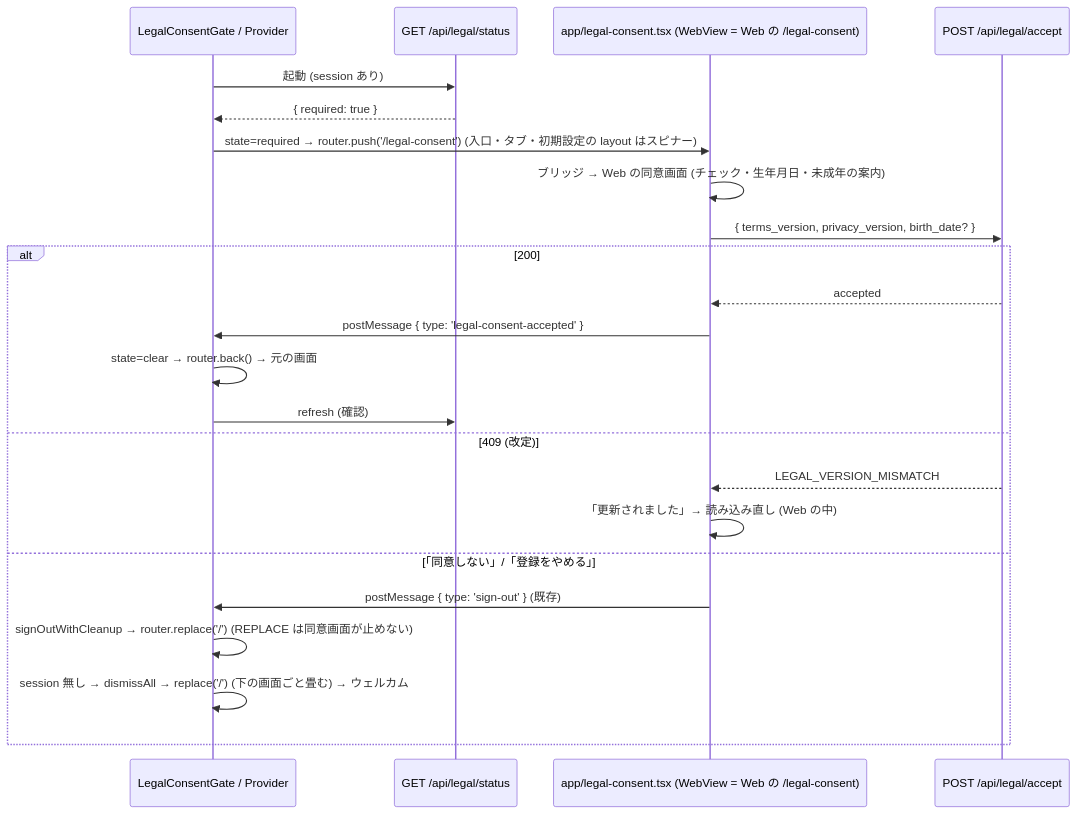
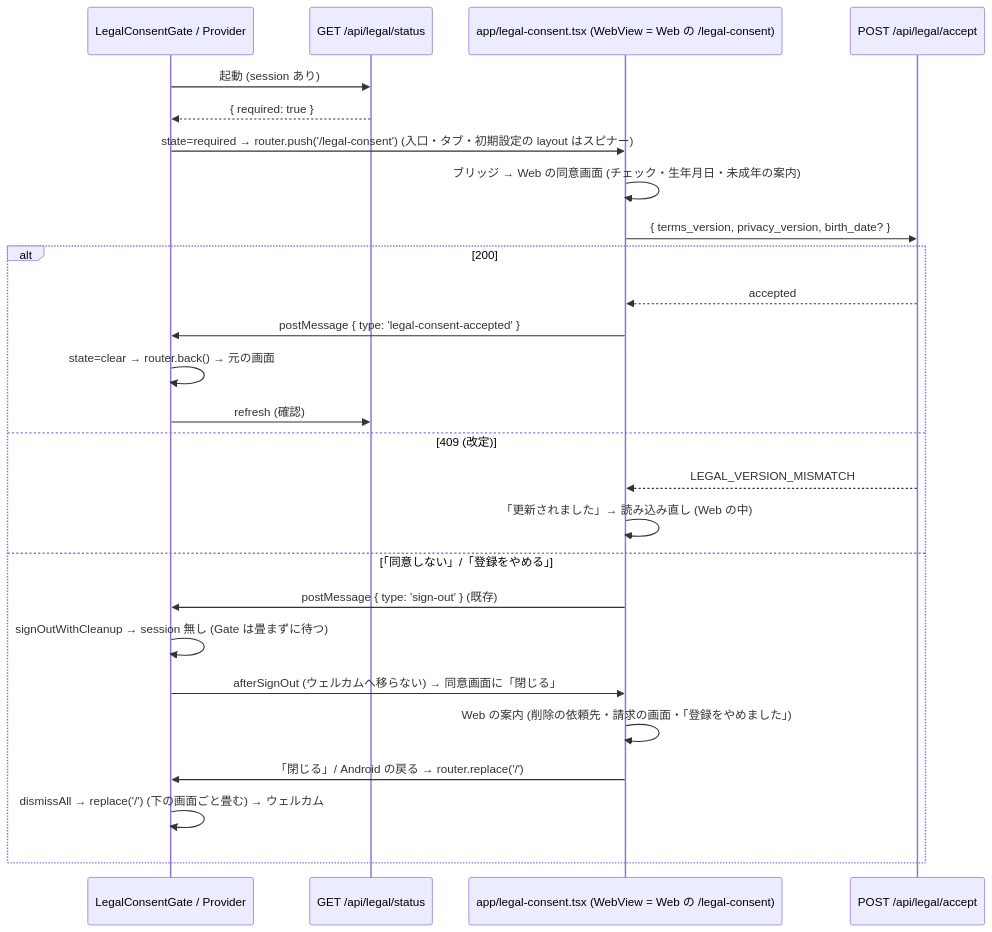
The diagram in docs/design/cross/13b-legal-consent-mobile.md (DaisukeHori/homegohan-app), drawn with Mermaid before and after one commit. The commit also changed other lines of this file, not shown here.

````diff
--- a/docs/design/cross/13b-legal-consent-mobile.md
+++ b/docs/design/cross/13b-legal-consent-mobile.md
@@ -1011,25 +1358,28 @@
 ```mermaid
 sequenceDiagram
     participant G as LegalConsentGate / Provider
     participant S as GET /api/legal/status
     participant W as app/legal-consent.tsx (WebView = Web の /legal-consent)
     participant P as POST /api/legal/accept
     G->>S: 起動 (session あり)
     S-->>G: { required: true }
     G->>W: state=required → router.push('/legal-consent') (入口・タブ・初期設定の layout はスピナー)
     W->>W: ブリッジ → Web の同意画面 (チェック・生年月日・未成年の案内)
     W->>P: { terms_version, privacy_version, birth_date? }
     alt 200
         P-->>W: accepted
         W->>G: postMessage { type: 'legal-consent-accepted' }
         G->>G: state=clear → router.back() → 元の画面
         G->>S: refresh (確認)
     else 409 (改定)
         P-->>W: LEGAL_VERSION_MISMATCH
         W->>W: 「更新されました」→ 読み込み直し (Web の中)
     else 「同意しない」/「登録をやめる」
         W->>G: postMessage { type: 'sign-out' } (既存)
-        G->>G: signOutWithCleanup → router.replace('/') (REPLACE は同意画面が止めない)
-        G->>G: session 無し → dismissAll → replace('/') (下の画面ごと畳む) → ウェルカム
+        G->>G: signOutWithCleanup → session 無し (Gate は畳まずに待つ)
+        G->>W: afterSignOut (ウェルカムへ移らない) → 同意画面に「閉じる」
+        W->>W: Web の案内 (削除の依頼先・請求の画面・「登録をやめました」)
+        W->>G: 「閉じる」/ Android の戻る → router.replace('/')
+        G->>G: dismissAll → replace('/') (下の画面ごと畳む) → ウェルカム
     end
 ```
````
